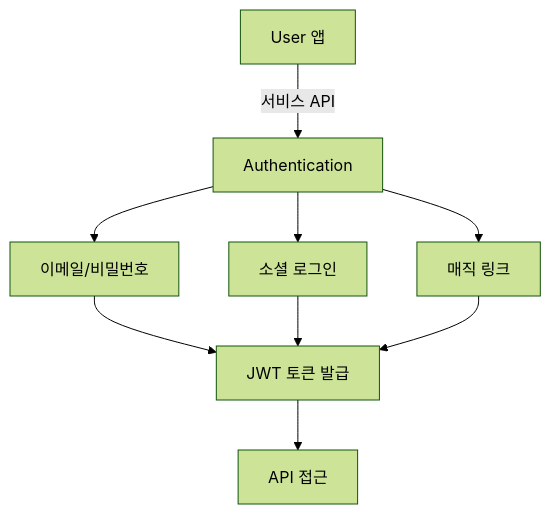
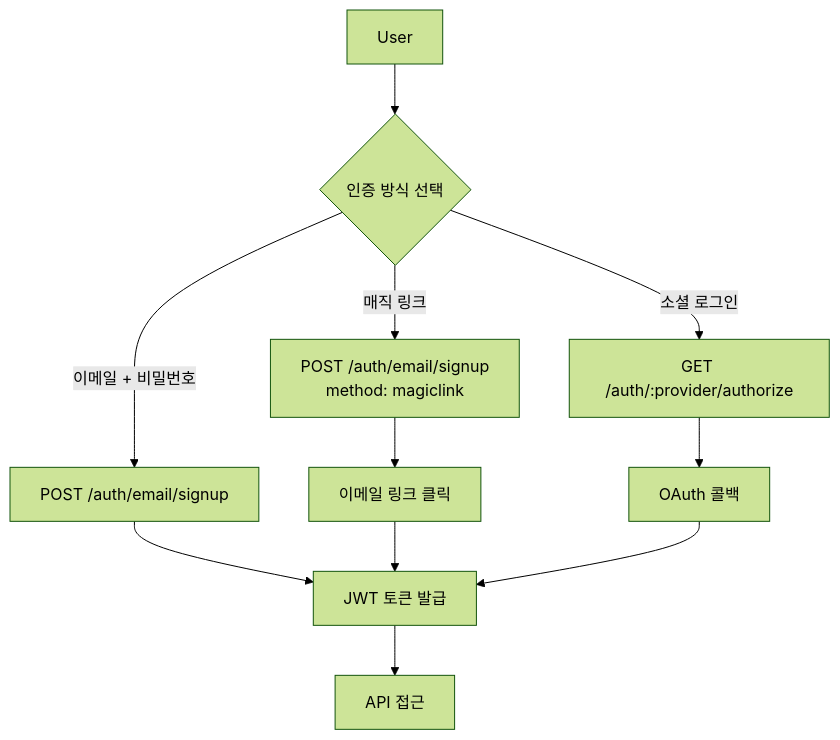
One commit to popup-studio-ai/bkend-docs changed the diagram in ko/authentication/01-overview.md. Above: the diagram before and after it, drawn with Mermaid (forest theme). The commit also changed other lines of this file and 186 other files, not shown here.

````diff
--- a/ko/authentication/01-overview.md
+++ b/ko/authentication/01-overview.md
@@ -9,11 +28,13 @@
 ```mermaid
 flowchart TD
-    A[User 앱] -->|서비스 API| B[Authentication]
-    B --> C[이메일/비밀번호]
-    B --> D[소셜 로그인]
-    B --> E[매직 링크]
+    A[User] --> B{인증 방식 선택}
+    B -->|이메일 + 비밀번호| C[POST /auth/email/signup]
+    B -->|매직 링크| D[POST /auth/email/signup<br>method: magiclink]
+    B -->|소셜 로그인| E[GET /auth/:provider/authorize]
     C --> F[JWT 토큰 발급]
-    D --> F
-    E --> F
-    F --> G[API 접근]
+    D --> G[이메일 링크 클릭]
+    G --> F
+    E --> H[OAuth 콜백]
+    H --> F
+    F --> I[API 접근]
 ```
````
